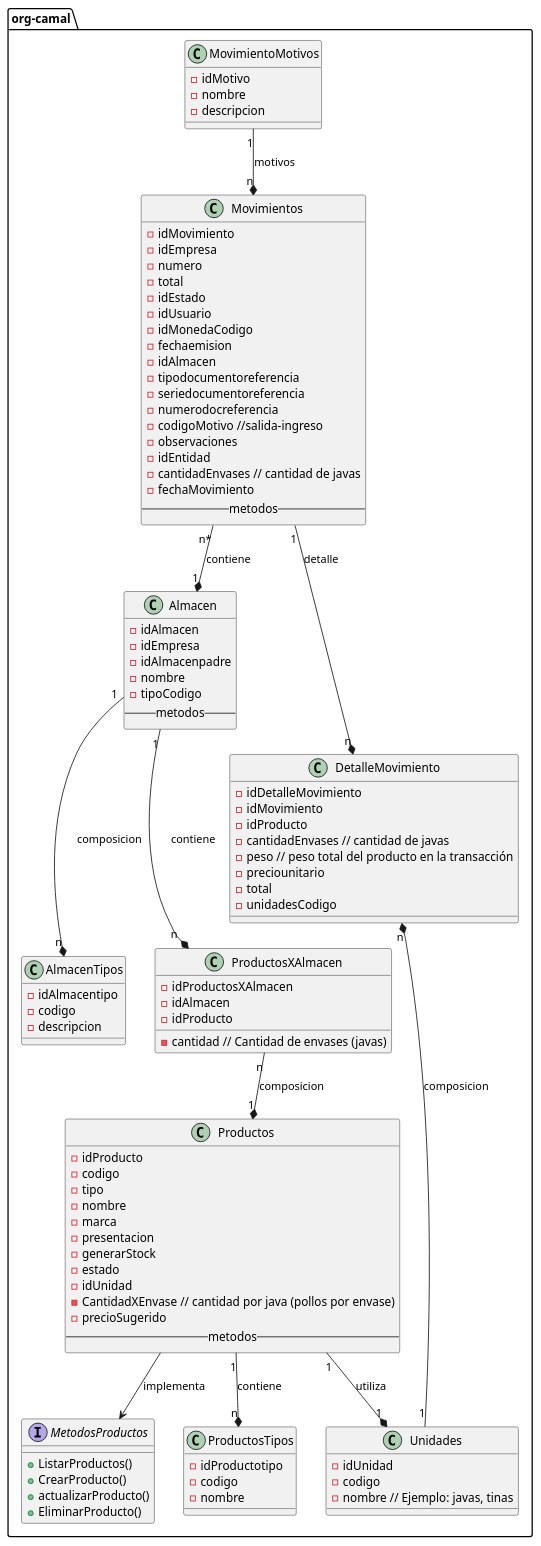
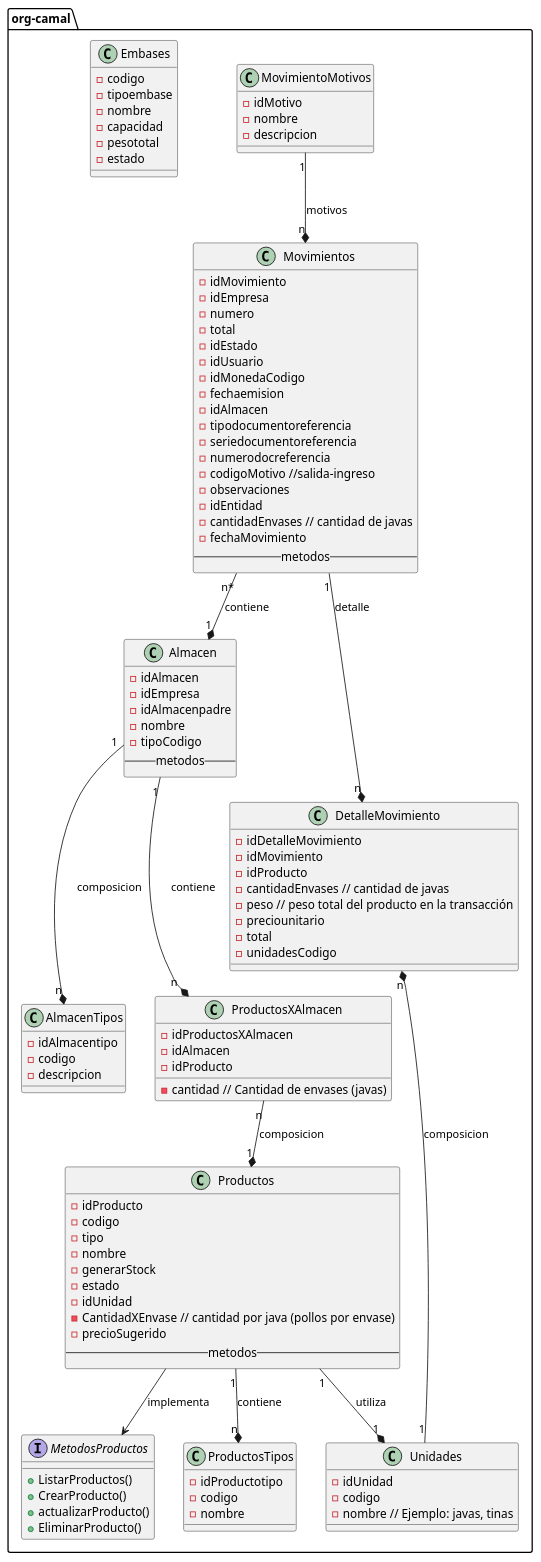
One commit to Digbers/camal-microservice changed the diagram in UML/inventario/DC inventario.puml. Above: the diagram before and after it, drawn with PlantUML. The commit also changed 187 other files, not shown here.

```diff
--- a/UML/inventario/DC inventario.puml
+++ b/UML/inventario/DC inventario.puml
@@ -1,109 +1,115 @@
 @startuml
 
 package "org-camal" {
 
     interface MetodosProductos {
         + ListarProductos()
         + CrearProducto()
         + actualizarProducto()
         + EliminarProducto()
     }
 
-    class Productos {
-        - idProducto
-        - codigo
-        - tipo
-        - nombre
-        - marca
-        - presentacion
-        - generarStock
-        - estado
-        - idUnidad
-        - CantidadXEnvase // cantidad por java (pollos por envase)
-        - precioSugerido
-        -- metodos --
-    }
     class ProductosTipos {
         - idProductotipo
         - codigo
         - nombre
     }
 
     class Unidades {
         - idUnidad
         - codigo
         - nombre // Ejemplo: javas, tinas
     }
 
     class Almacen {
         - idAlmacen
         - idEmpresa
         - idAlmacenpadre
         - nombre
         - tipoCodigo
         -- metodos --
     }
 
     class AlmacenTipos {
         - idAlmacentipo
         - codigo
         - descripcion
     }
 
     class ProductosXAlmacen {
         - idProductosXAlmacen
         - idAlmacen
         - idProducto
         - cantidad // Cantidad de envases (javas)
     }
 
     class Movimientos {
         - idMovimiento
         - idEmpresa
         - numero
         - total
         - idEstado
         - idUsuario
         - idMonedaCodigo
         - fechaemision
         - idAlmacen
         - tipodocumentoreferencia
         - seriedocumentoreferencia
         - numerodocreferencia
         - codigoMotivo //salida-ingreso
         - observaciones
         - idEntidad
         - cantidadEnvases // cantidad de javas
         - fechaMovimiento
         -- metodos --
     }
     class MovimientoMotivos {
         - idMotivo
         - nombre
         - descripcion
     }
 
     class DetalleMovimiento {
         - idDetalleMovimiento
         - idMovimiento
         - idProducto
         - cantidadEnvases // cantidad de javas
         - peso // peso total del producto en la transacción
         - preciounitario
         - total
         - unidadesCodigo
     }
+    class Embases {
+        - codigo
+        - tipoembase
+        - nombre
+        - capacidad
+        - pesototal
+        -estado
+    }
+    class Productos {
+            - idProducto
+            - codigo
+            - tipo
+            - nombre
+            - generarStock
+            - estado
+            - idUnidad
+            - CantidadXEnvase // cantidad por java (pollos por envase)
+            - precioSugerido
+            -- metodos --
+        }
 
     Productos --> MetodosProductos : implementa
     Productos "1" --* "1" Unidades : utiliza
     Productos "1" --* "n" ProductosTipos : contiene
     Almacen "1" --* "n" AlmacenTipos : composicion
     Almacen "1" --* "n" ProductosXAlmacen : contiene
     ProductosXAlmacen "n" --* "1" Productos : composicion
     Movimientos "n*" --* "1" Almacen : contiene
     Movimientos "1" --* "n" DetalleMovimiento : detalle
     MovimientoMotivos "1" --* "n" Movimientos : motivos
     DetalleMovimiento "n" *-- "1" Unidades : composicion
 
 }
 @enduml
```
